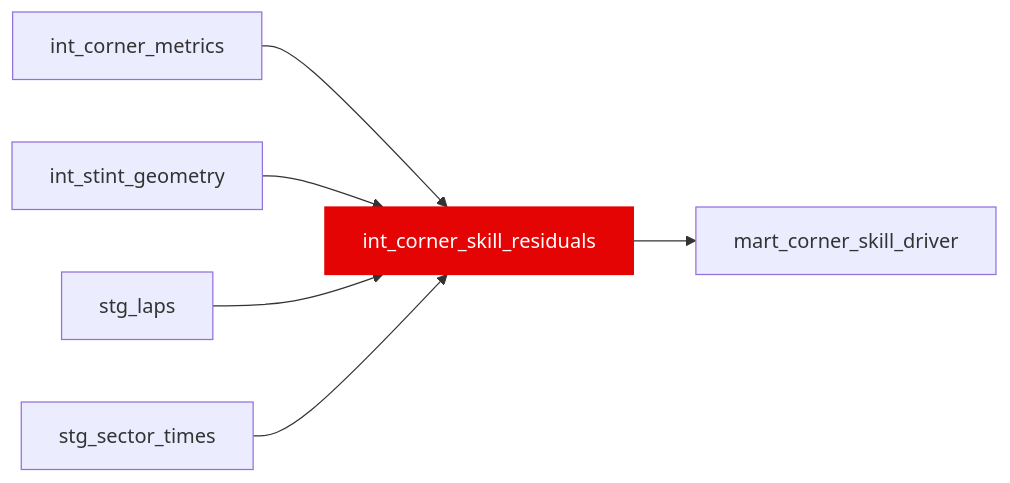
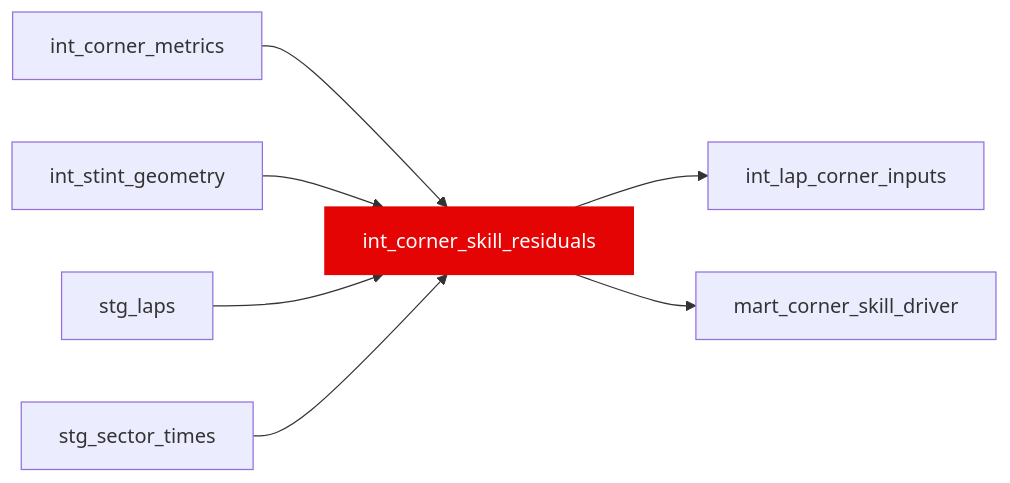
The diagram in docs/reference/models/int/int_corner_skill_residuals.mdx (JustinClarke/off-the-pace), drawn with Mermaid before and after one commit. The commit also changed other lines of this file and 40 other files, not shown here.

````diff
--- a/docs/reference/models/int/int_corner_skill_residuals.mdx
+++ b/docs/reference/models/int/int_corner_skill_residuals.mdx
@@ -15,9 +17,10 @@
 ```mermaid
 flowchart LR
   int_corner_metrics --> int_corner_skill_residuals
   int_stint_geometry --> int_corner_skill_residuals
   stg_laps --> int_corner_skill_residuals
   stg_sector_times --> int_corner_skill_residuals
+  int_corner_skill_residuals --> int_lap_corner_inputs
   int_corner_skill_residuals --> mart_corner_skill_driver
   style int_corner_skill_residuals fill:#e40404,stroke:#e40404,color:#fff
 ```
````
